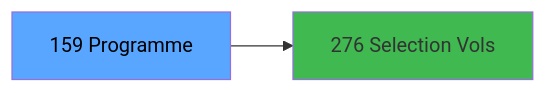
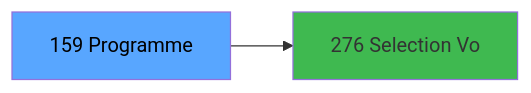
One commit to thonyAGP/magic-migration changed the third of 3 diagrams in .openspec/specs/ADH-IDE-159.md. Above: the diagram before and after it, drawn with Mermaid. The commit also changed other lines of this file and 323 other files, not shown here.

````diff
--- a/.openspec/specs/ADH-IDE-159.md
+++ b/.openspec/specs/ADH-IDE-159.md
@@ -115,8 +140,8 @@
 ```mermaid
 graph LR
     T[159 Programme]
-    C276[276 Selection Vols]
+    C276[276 Selection Vo]
     T --> C276
     style T fill:#58a6ff,color:#000
     style C276 fill:#3fb950
 ```
````
